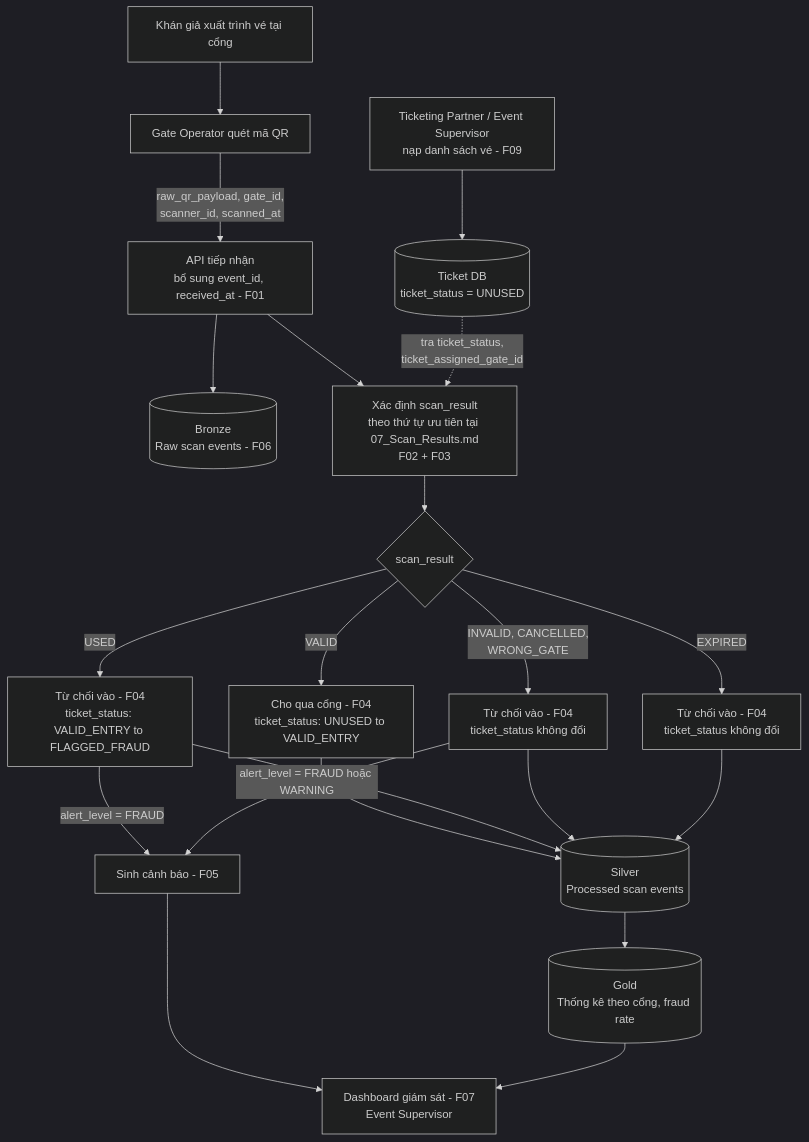
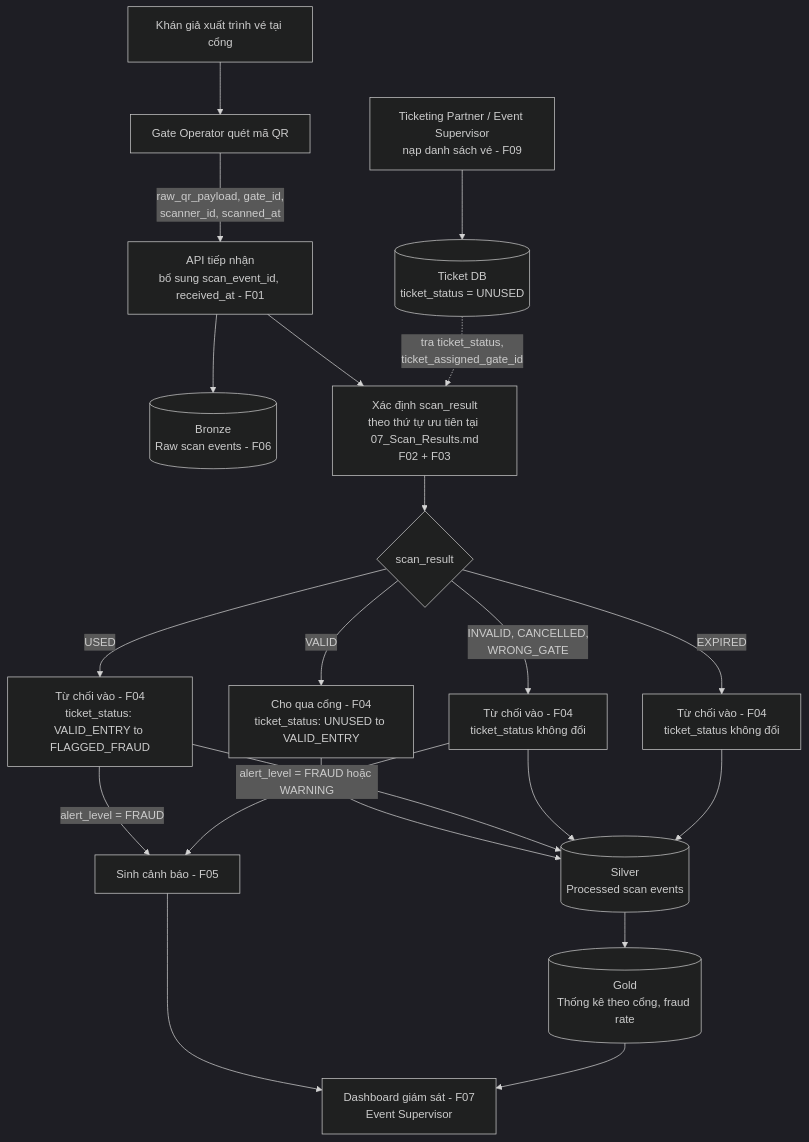
One commit to nhantranduynhan11-del/Near-Real-Time-Event-Ticket-Validation-Fraud-Detection-System changed the diagram in Requirements/04_MVP.md. Above: the diagram before and after it, drawn with Mermaid (dark theme). The commit also changed other lines of this file, not shown here.

Commit message:
Update API reference from event_id to scan_event_id

````diff
--- a/Requirements/04_MVP.md
+++ b/Requirements/04_MVP.md
@@ -34,31 +34,31 @@
 ```mermaid
 flowchart TD
     P[Ticketing Partner / Event Supervisor<br>nạp danh sách vé - F09] --> P2[(Ticket DB<br>ticket_status = UNUSED)]
 
     A[Khán giả xuất trình vé tại cổng] --> B[Gate Operator quét mã QR]
-    B -->|raw_qr_payload, gate_id,<br>scanner_id, scanned_at| C[API tiếp nhận<br>bổ sung event_id, received_at - F01]
+    B -->|raw_qr_payload, gate_id,<br>scanner_id, scanned_at| C[API tiếp nhận<br>bổ sung scan_event_id, received_at - F01]
 
     C --> D[(Bronze<br>Raw scan events - F06)]
     C --> E[Xác định scan_result<br>theo thứ tự ưu tiên tại 07_Scan_Results.md<br>F02 + F03]
 
     P2 -.->|tra ticket_status,<br>ticket_assigned_gate_id| E
 
     E --> F{scan_result}
 
     F -->|VALID| G1[Cho qua cổng - F04<br>ticket_status: UNUSED to VALID_ENTRY]
     F -->|USED| G2[Từ chối vào - F04<br>ticket_status: VALID_ENTRY to FLAGGED_FRAUD]
     F -->|INVALID, CANCELLED,<br>WRONG_GATE| G3[Từ chối vào - F04<br>ticket_status không đổi]
     F -->|EXPIRED| G4[Từ chối vào - F04<br>ticket_status không đổi]
 
     G1 --> H[(Silver<br>Processed scan events)]
     G2 --> H
     G3 --> H
     G4 --> H
 
     G2 -->|alert_level = FRAUD| I[Sinh cảnh báo - F05]
     G3 -->|alert_level = FRAUD hoặc WARNING| I
 
     H --> J[(Gold<br>Thống kê theo cổng, fraud rate)]
     I --> K[Dashboard giám sát - F07<br>Event Supervisor]
     J --> K
 ```
````
